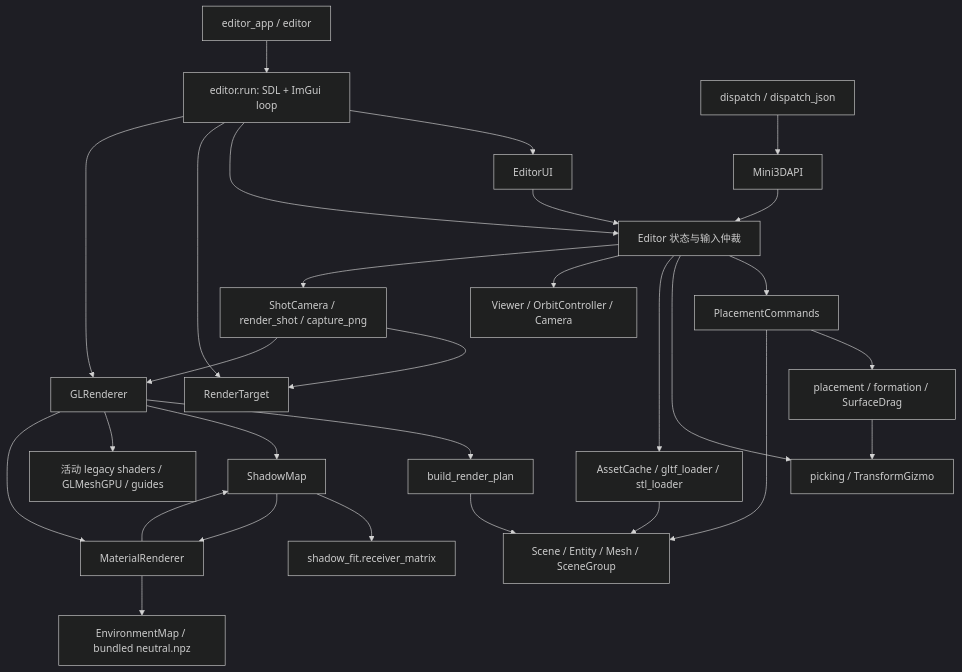
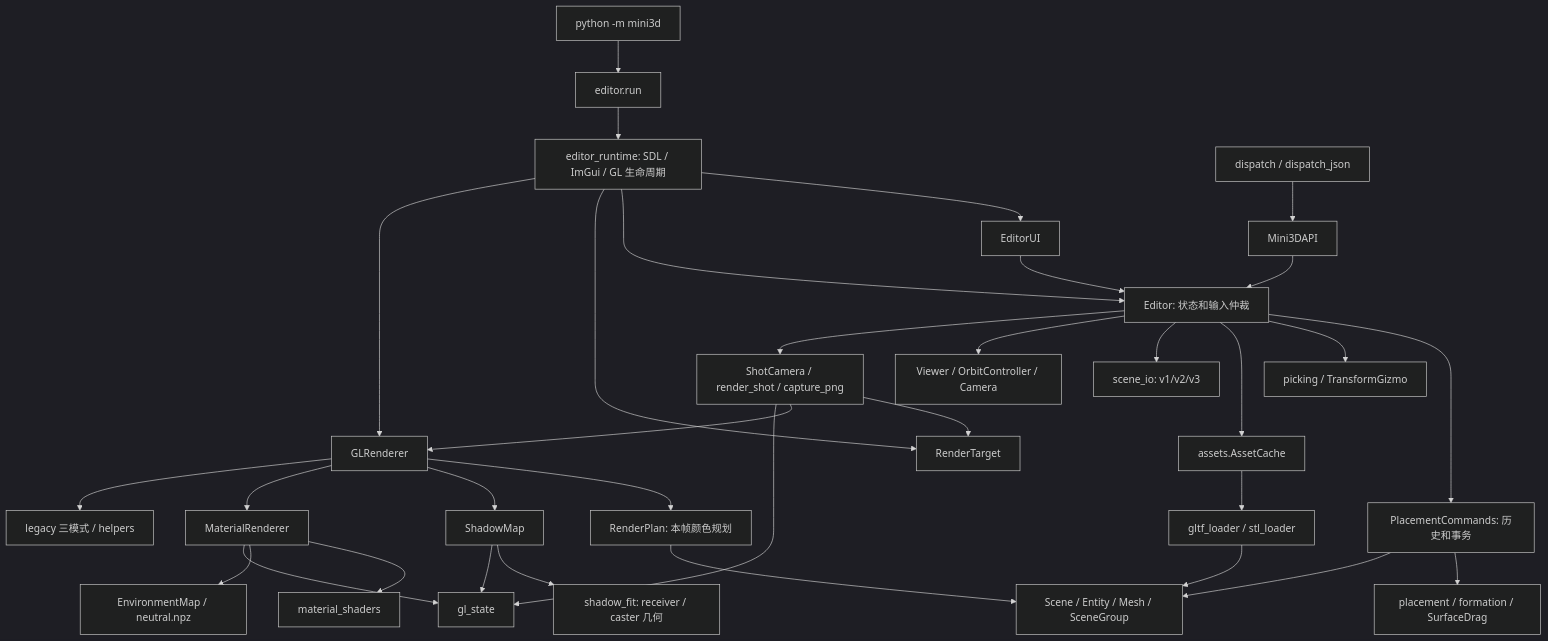
Before and after one commit to anyeshizhong/mini3d: the diagram in docs/ARCHITECTURE.md, drawn with Mermaid (dark theme). The commit also changed other lines of this file and 31 other files, not shown here.

Commit message:
docs: deliver unified V2 architecture audit and verified GPU acceptance

````diff
--- a/docs/ARCHITECTURE.md
+++ b/docs/ARCHITECTURE.md
@@ -30,31 +8,35 @@
 ```mermaid
 flowchart TD
-    CLI[editor_app / editor] --> Runtime[editor.run: SDL + ImGui loop]
+    Entry[python -m mini3d] --> Facade[editor.run]
+    Facade --> Runtime[editor_runtime: SDL / ImGui / GL 生命周期]
     Runtime --> UI[EditorUI]
-    Runtime --> E[Editor 状态与输入仲裁]
+    Runtime --> E[Editor: 状态和输入仲裁]
     JSON[dispatch / dispatch_json] --> API[Mini3DAPI]
     API --> E
     UI --> E
-    E --> CMD[PlacementCommands]
+    E --> CMD[PlacementCommands: 历史和事务]
     CMD --> PLACE[placement / formation / SurfaceDrag]
     E --> PICK[picking / TransformGizmo]
-    PLACE --> PICK
     CMD --> S[Scene / Entity / Mesh / SceneGroup]
-    E --> ASSET[AssetCache / gltf_loader / stl_loader]
-    ASSET --> S
+    E --> ASSET[assets.AssetCache]
+    ASSET --> LOAD[gltf_loader / stl_loader]
+    LOAD --> S
+    E --> IO[scene_io: v1/v2/v3]
     E --> VIEW[Viewer / OrbitController / Camera]
     E --> SHOT[ShotCamera / render_shot / capture_png]
     Runtime --> RT[RenderTarget]
     SHOT --> RT
     Runtime --> GL[GLRenderer]
     SHOT --> GL
-    GL --> PLAN[build_render_plan]
+    GL --> PLAN[RenderPlan: 本帧颜色规划]
     PLAN --> S
     GL --> SM[ShadowMap]
-    SM --> FIT[shadow_fit.receiver_matrix]
-    GL --> LEGACY[活动 legacy shaders / GLMeshGPU / guides]
+    SM --> FIT[shadow_fit: receiver / caster 几何]
     GL --> MR[MaterialRenderer]
-    MR --> ENV[EnvironmentMap / bundled neutral.npz]
-    MR --> SM
-    SM --> MR
+    GL --> LEGACY[legacy 三模式 / helpers]
+    MR --> GLSL[material_shaders]
+    MR --> ENV[EnvironmentMap / neutral.npz]
+    MR --> STATE[gl_state]
+    SM --> STATE
+    SHOT --> STATE
 ```
````
